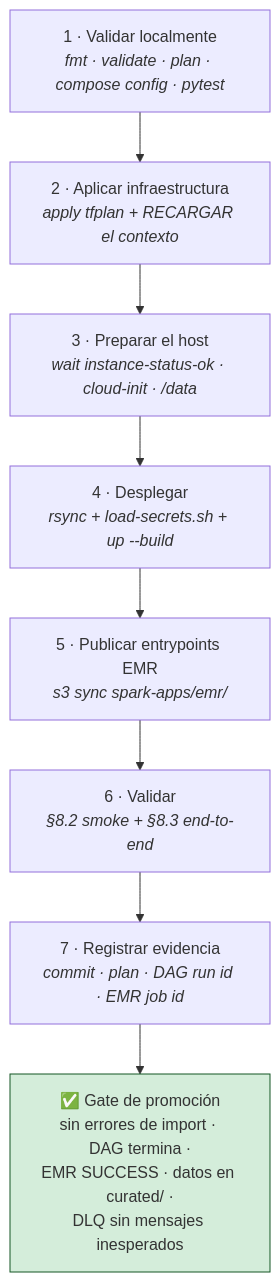
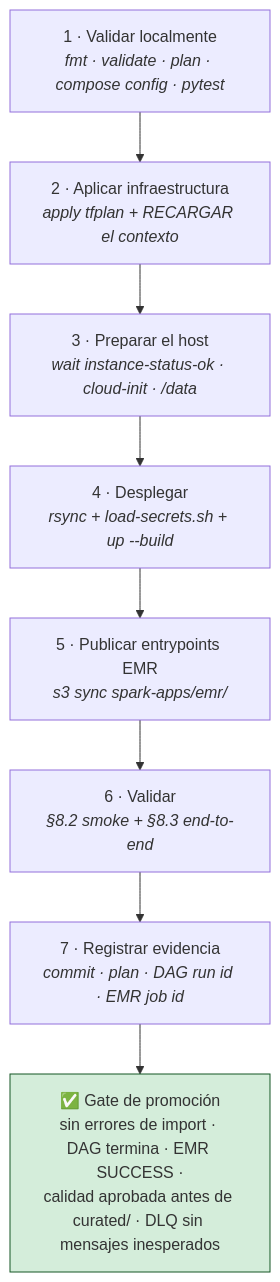
The ninth of 10 diagrams in docs/02-produccion-aws-terraform.md (abantodca/pyspark_stack), drawn with Mermaid before and after one commit. The commit also changed other lines of this file and 39 other files, not shown here.

````diff
--- a/docs/02-produccion-aws-terraform.md
+++ b/docs/02-produccion-aws-terraform.md
@@ -7080,15 +7312,15 @@
 ```mermaid
 flowchart TD
     R1["1 · Validar localmente<br/><i>fmt · validate · plan · compose config · pytest</i>"]
     R2["2 · Aplicar infraestructura<br/><i>apply tfplan + RECARGAR el contexto</i>"]
     R3["3 · Preparar el host<br/><i>wait instance-status-ok · cloud-init · /data</i>"]
     R4["4 · Desplegar<br/><i>rsync + load-secrets.sh + up --build</i>"]
     R5["5 · Publicar entrypoints EMR<br/><i>s3 sync spark-apps/emr/</i>"]
     R6["6 · Validar<br/><i>§8.2 smoke + §8.3 end-to-end</i>"]
     R7["7 · Registrar evidencia<br/><i>commit · plan · DAG run id · EMR job id</i>"]
-    GATE["✅ Gate de promoción<br/>sin errores de import · DAG termina ·<br/>EMR SUCCESS · datos en curated/ ·<br/>DLQ sin mensajes inesperados"]
+    GATE["✅ Gate de promoción<br/>sin errores de import · DAG termina · EMR SUCCESS ·<br/>calidad aprobada antes de curated/ · DLQ sin mensajes inesperados"]
 
     R1 --> R2 --> R3 --> R4 --> R5 --> R6 --> R7 --> GATE
 
     style GATE fill:#d4edda,stroke:#155724
 ```
````
